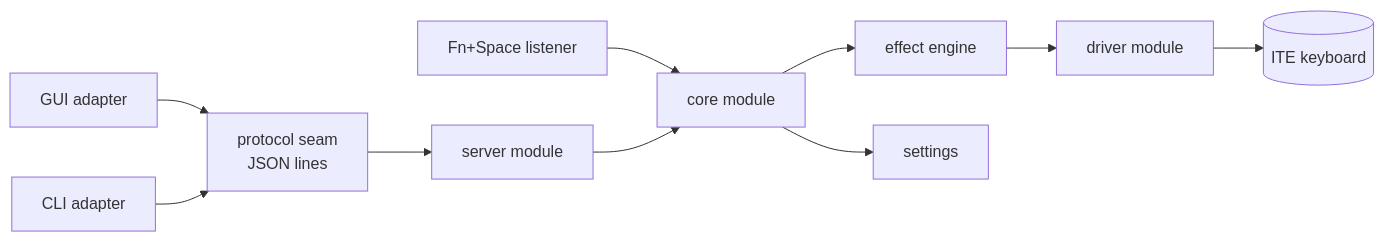
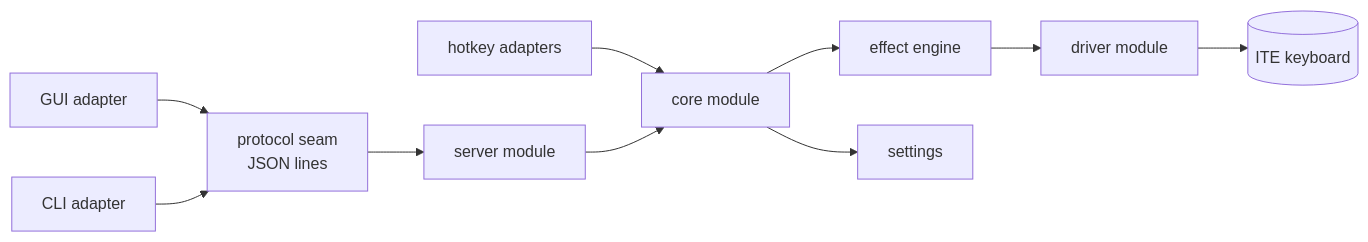
One commit to HughScott2002/Aurora-Legion changed the diagram in docs/explanation/architecture.md. Above: the diagram before and after it, drawn with Mermaid. The commit also changed other lines of this file and 9 other files, not shown here.

````diff
--- a/docs/explanation/architecture.md
+++ b/docs/explanation/architecture.md
@@ -11,12 +11,12 @@
 ```mermaid
 flowchart LR
     GUI["GUI adapter"] --> IPC["protocol seam<br/>JSON lines"]
     CLI["CLI adapter"] --> IPC
     IPC --> SERVER["server module"]
-    FNSPACE["Fn+Space listener"] --> CORE["core module"]
+    HOTKEY["hotkey adapters"] --> CORE["core module"]
     SERVER --> CORE
     CORE --> ENGINE["effect engine"]
     CORE --> SETTINGS["settings"]
     ENGINE --> DRIVER["driver module"]
     DRIVER --> KEYBOARD[("ITE keyboard")]
 ```
````
